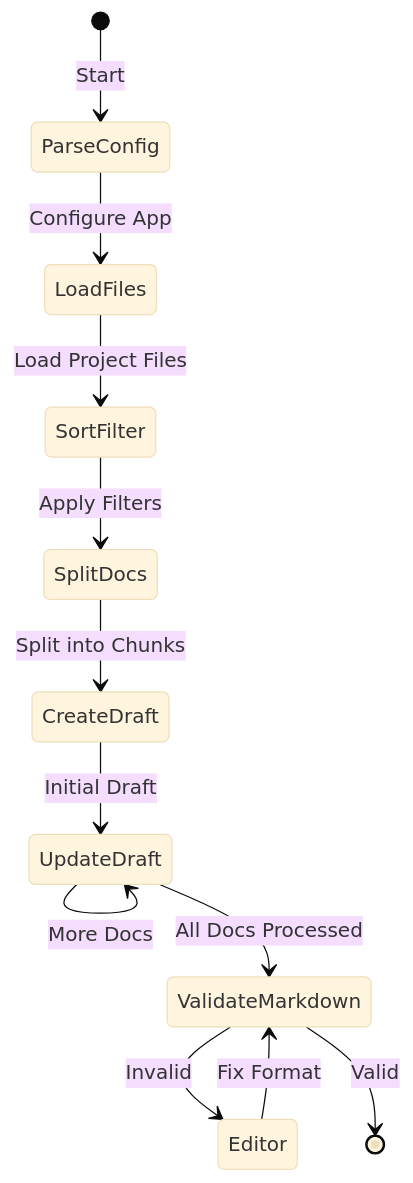
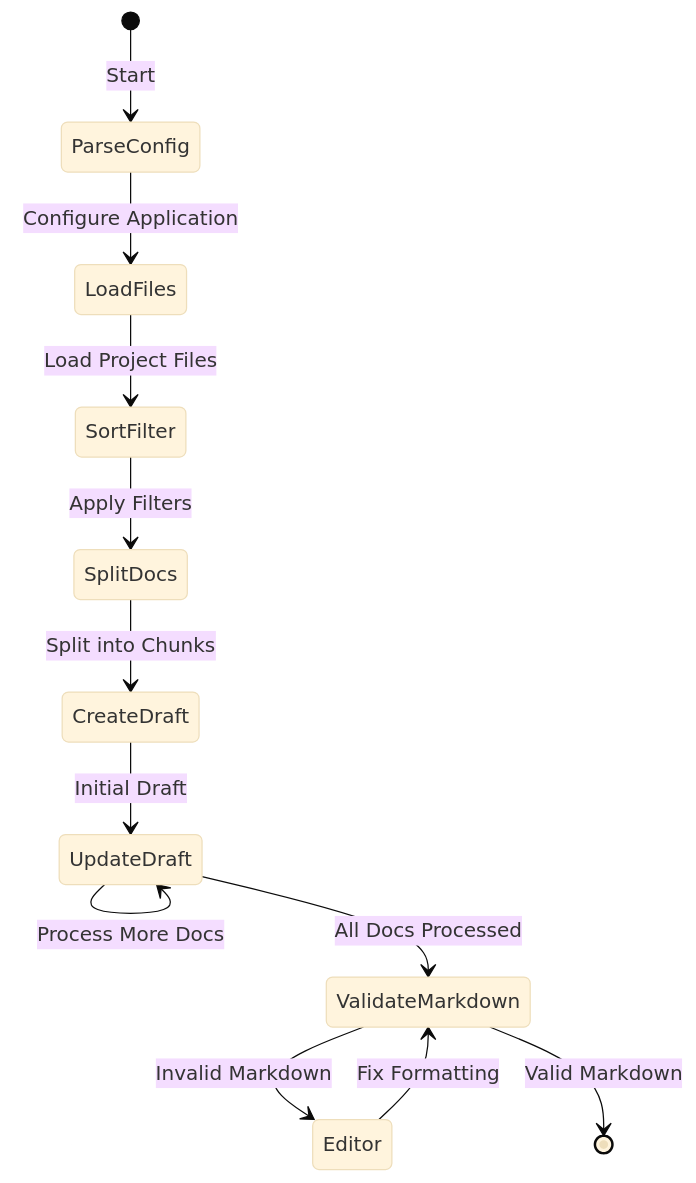
The diagram in README.md (xvnpw/ai-security-analyzer), drawn with Mermaid (base theme) before and after one commit. The commit also changed other lines of this file, not shown here.

````diff
--- a/README.md
+++ b/README.md
@@ -25,14 +57,14 @@
 ```mermaid
 stateDiagram-v2
     [*] --> ParseConfig: Start
-    ParseConfig --> LoadFiles: Configure App
+    ParseConfig --> LoadFiles: Configure Application
     LoadFiles --> SortFilter: Load Project Files
     SortFilter --> SplitDocs: Apply Filters
     SplitDocs --> CreateDraft: Split into Chunks
     CreateDraft --> UpdateDraft: Initial Draft
-    UpdateDraft --> UpdateDraft: More Docs
+    UpdateDraft --> UpdateDraft: Process More Docs
     UpdateDraft --> ValidateMarkdown: All Docs Processed
-    ValidateMarkdown --> Editor: Invalid
-    Editor --> ValidateMarkdown: Fix Format
-    ValidateMarkdown --> [*]: Valid
+    ValidateMarkdown --> Editor: Invalid Markdown
+    Editor --> ValidateMarkdown: Fix Formatting
+    ValidateMarkdown --> [*]: Valid Markdown
 ```
````
